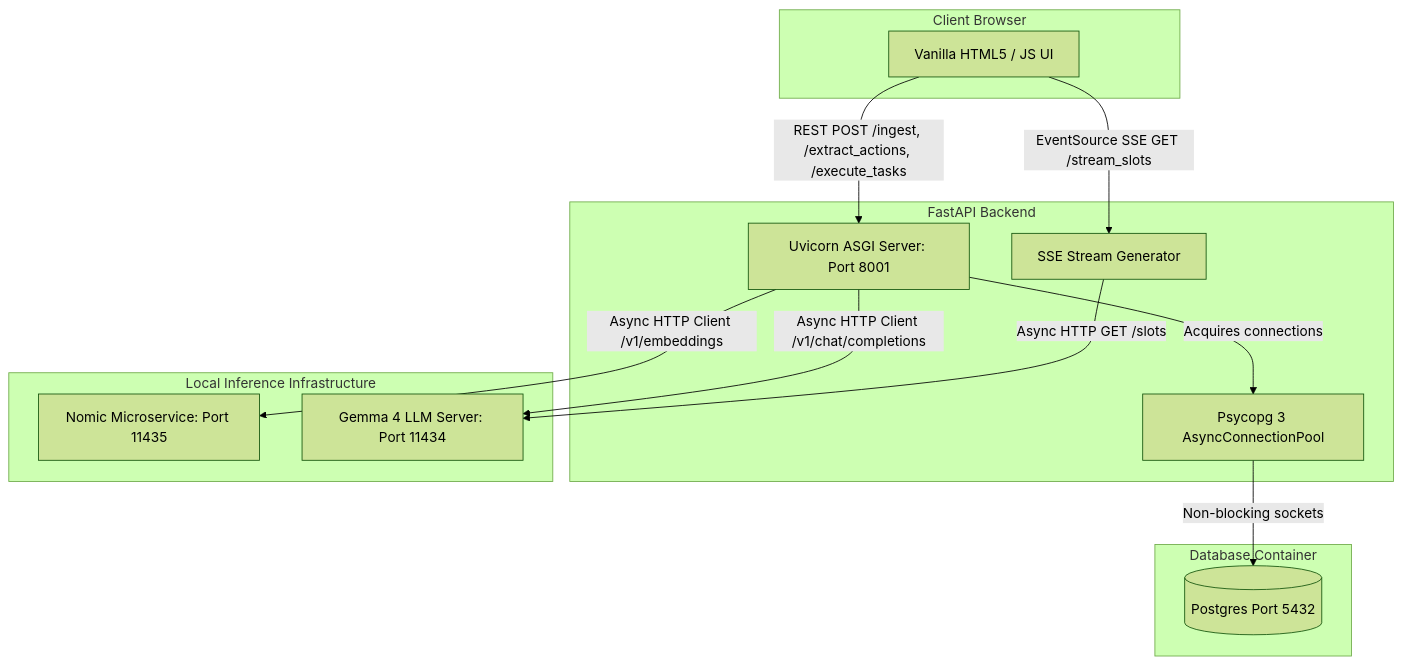
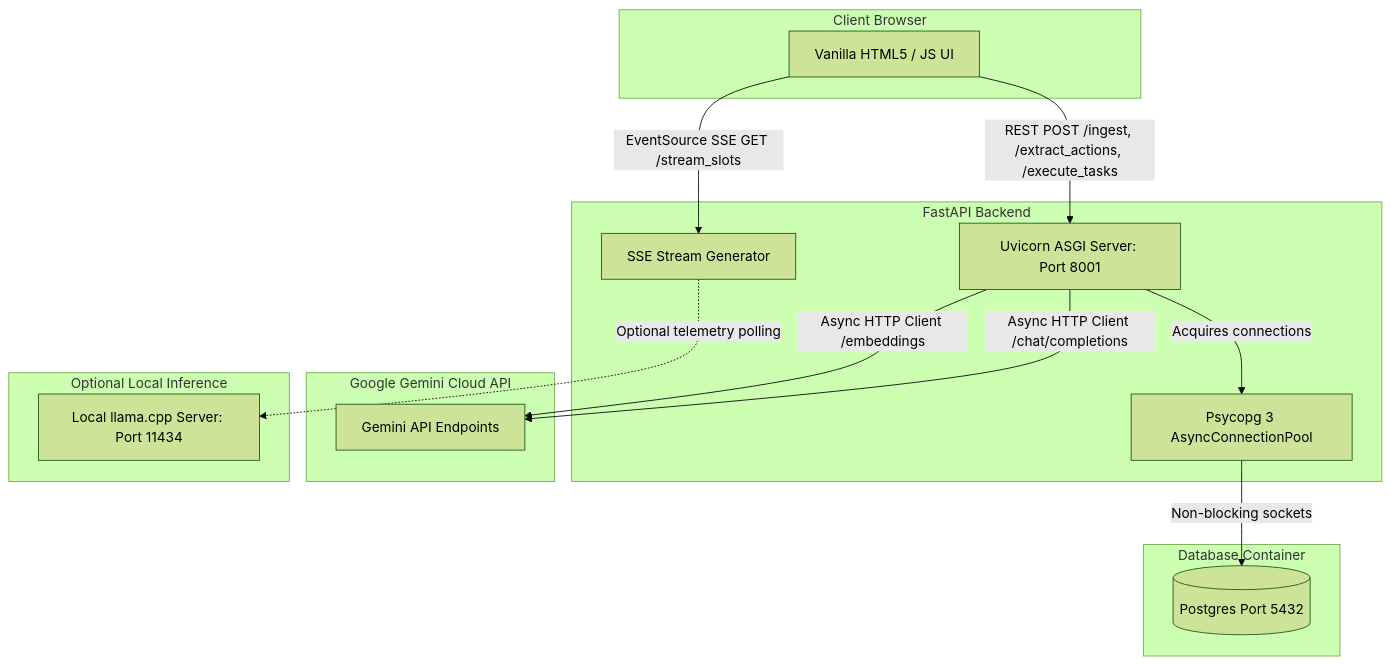
One commit to jackxpeng/omniscribe changed the second of 5 diagrams in architecture_documentation.md. Above: the diagram before and after it, drawn with Mermaid (forest theme). The commit also changed other lines of this file, not shown here.

Commit message:
docs: remove local LLM references from architecture documentation

````diff
--- a/architecture_documentation.md
+++ b/architecture_documentation.md
@@ -34,29 +35,32 @@
 ```mermaid
 graph TB
     subgraph Client Browser [Client Browser]
         UI[Vanilla HTML5 / JS UI]
     end
 
     subgraph FastAPI Application Container [FastAPI Backend]
         API[Uvicorn ASGI Server: Port 8001]
         SSE[SSE Stream Generator]
         Pool[Psycopg 3 AsyncConnectionPool]
     end
 
     subgraph Persistence Layer [Database Container]
         DB[(Postgres Port 5432)]
     end
 
-    subgraph LLM Inference Containers [Local Inference Infrastructure]
-        NomicEmbed[Nomic Microservice: Port 11435]
-        GemmaEngine[Gemma 4 LLM Server: Port 11434]
+    subgraph Cloud API [Google Gemini Cloud API]
+        GeminiAPI[Gemini API Endpoints]
+    end
+
+    subgraph Optional Local Legacy [Optional Local Inference]
+        LocalEngine[Local llama.cpp Server: Port 11434]
     end
 
     UI -->|REST POST /ingest, /extract_actions, /execute_tasks| API
     UI -->|EventSource SSE GET /stream_slots| SSE
-    API -->|Async HTTP Client /v1/embeddings| NomicEmbed
-    API -->|Async HTTP Client /v1/chat/completions| GemmaEngine
-    SSE -->|Async HTTP GET /slots| GemmaEngine
+    API -->|Async HTTP Client /embeddings| GeminiAPI
+    API -->|Async HTTP Client /chat/completions| GeminiAPI
+    SSE -.->|Optional telemetry polling| LocalEngine
     Pool -->|Non-blocking sockets| DB
     API -->|Acquires connections| Pool
 ```
````
